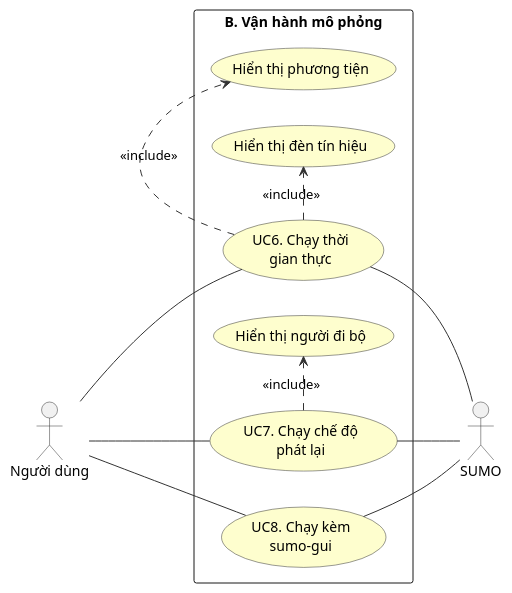
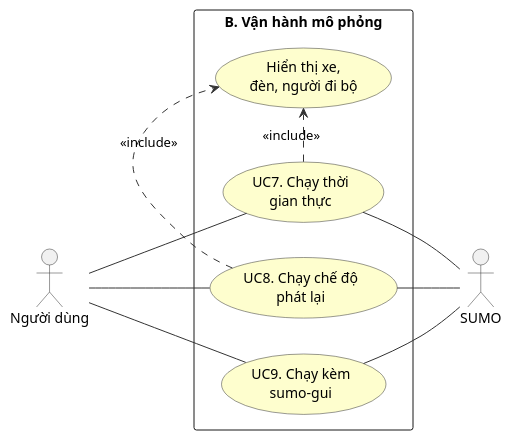
Before and after one commit to MinhHoang137/SUMO-GR1: the diagram in DiagramsCode/hinh2.4-usecase-nhom-B.puml, drawn with PlantUML. The commit also changed 33 other files, not shown here.

```diff
--- a/DiagramsCode/hinh2.4-usecase-nhom-B.puml
+++ b/DiagramsCode/hinh2.4-usecase-nhom-B.puml
@@ -1,32 +1,29 @@
 @startuml hinh2.4-usecase-nhom-B
 left to right direction
 skinparam packageStyle rectangle
 skinparam usecaseBorderColor #333333
 skinparam usecaseBackgroundColor #FEFECE
 skinparam actorBorderColor #333333
 skinparam ArrowColor #333333
 
 actor "Người dùng" as User
 actor "SUMO" as SUMO
 
 rectangle "B. Vận hành mô phỏng" {
-  usecase "UC6. Chạy thời\ngian thực" as UC6
-  usecase "UC7. Chạy chế độ\nphát lại" as UC7
-  usecase "UC8. Chạy kèm\nsumo-gui" as UC8
-  usecase "Hiển thị phương tiện" as INC1
-  usecase "Hiển thị đèn tín hiệu" as INC2
-  usecase "Hiển thị người đi bộ" as INC3
+  usecase "UC7. Chạy thời\ngian thực" as UC7
+  usecase "UC8. Chạy chế độ\nphát lại" as UC8
+  usecase "UC9. Chạy kèm\nsumo-gui" as UC9
+  usecase "Hiển thị xe,\nđèn, người đi bộ" as INC
 }
 
-User -- UC6
 User -- UC7
 User -- UC8
-UC6 -- SUMO
+User -- UC9
 UC7 -- SUMO
 UC8 -- SUMO
+UC9 -- SUMO
 
-UC6 .> INC1 : <<include>>
-UC6 .> INC2 : <<include>>
-UC7 .> INC3 : <<include>>
+UC7 .> INC : <<include>>
+UC8 .> INC : <<include>>
 
 @enduml
```
